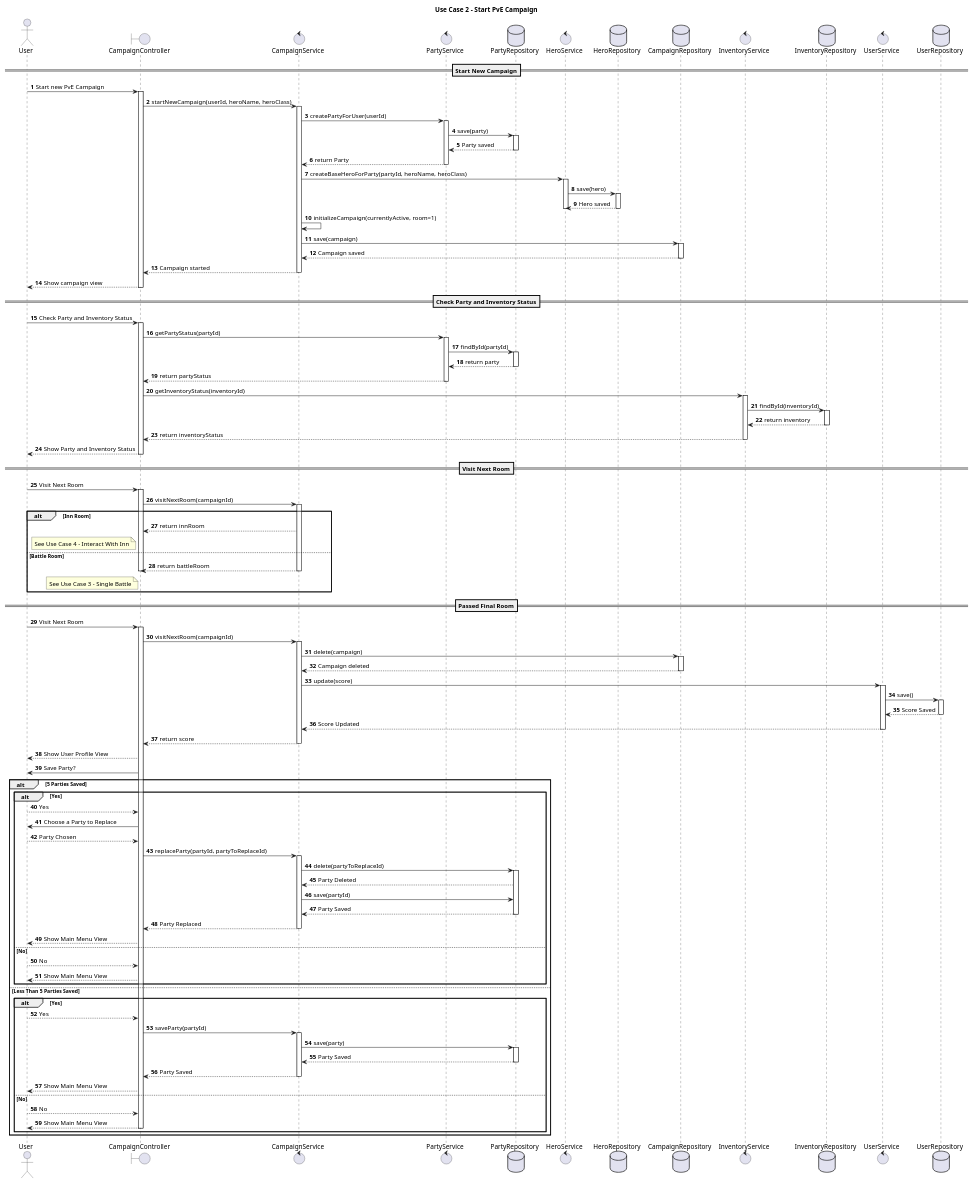
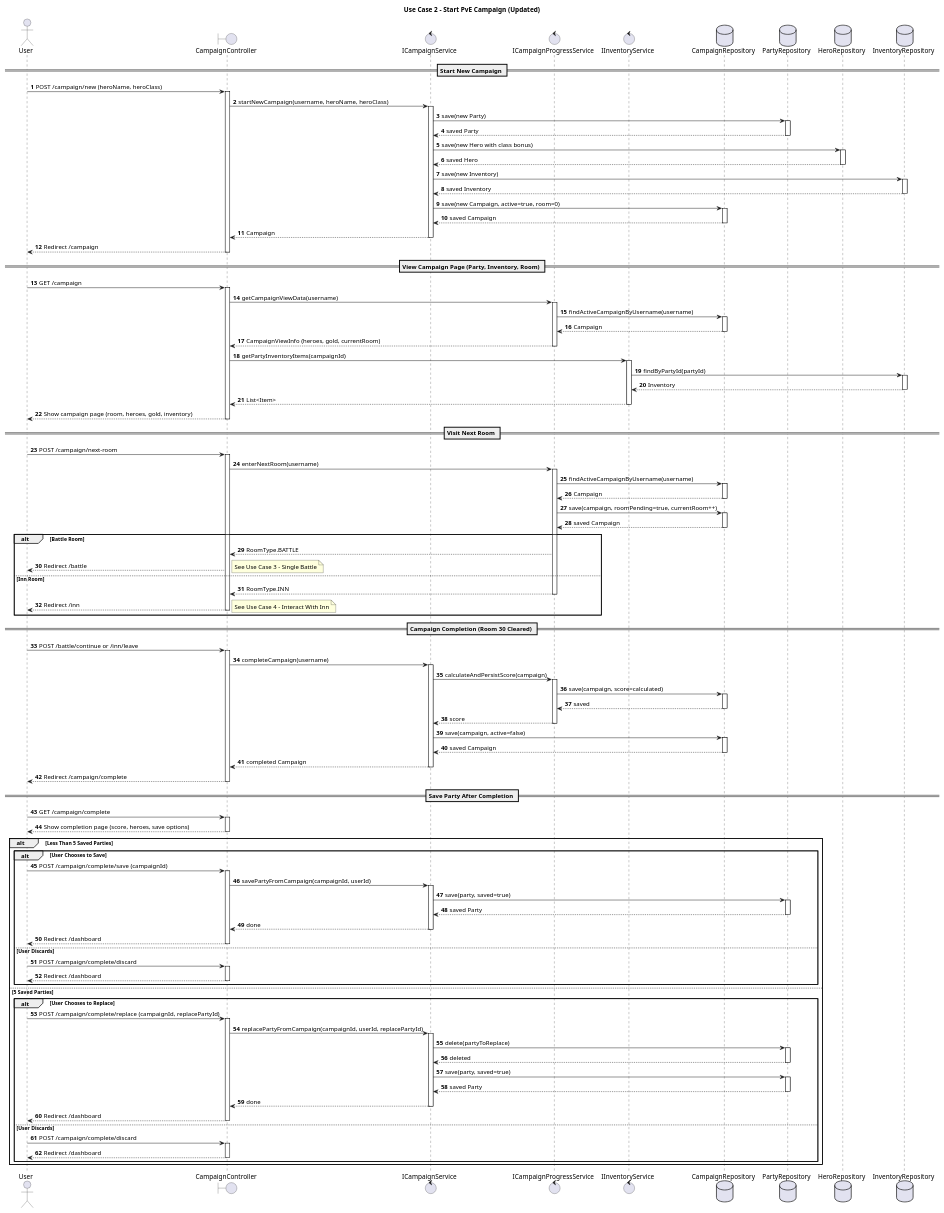
Before and after one commit to MohammedPatel-yorku/LegendsOfSwordAndWand: the diagram in Sequence Diagrams/Use Case 2_Start PvE Campaign.puml, drawn with PlantUML. The commit also changed 15 other files, not shown here.

Commit message:
Documentation & Diagrams Updated

```diff
--- a/Sequence Diagrams/Use Case 2_Start PvE Campaign.puml
+++ b/Sequence Diagrams/Use Case 2_Start PvE Campaign.puml
@@ -1,181 +1,197 @@
 @startuml
-'https://plantuml.com/sequence-diagram
-
 autonumber
 
-title Use Case 2 - Start PvE Campaign
+skinparam responseMessageBelowArrow true
+
+title Use Case 2 - Start PvE Campaign (Updated)
 
 actor User
 boundary CampaignController
-control CampaignService
-control PartyService
+control ICampaignService
+control ICampaignProgressService
+control IInventoryService
+database CampaignRepository
 database PartyRepository
-control HeroService
 database HeroRepository
-database CampaignRepository
-control InventoryService
 database InventoryRepository
-control UserService
-database UserRepository
 
-==Start New Campaign==
+== Start New Campaign ==
 
-User -> CampaignController: Start new PvE Campaign
+User -> CampaignController: POST /campaign/new (heroName, heroClass)
 activate CampaignController
-CampaignController -> CampaignService: startNewCampaign(userId, heroName, heroClass)
-activate CampaignService
 
-CampaignService -> PartyService: createPartyForUser(userId)
-activate PartyService
-PartyService -> PartyRepository: save(party)
+CampaignController -> ICampaignService: startNewCampaign(username, heroName, heroClass)
+activate ICampaignService
+
+ICampaignService -> PartyRepository: save(new Party)
 activate PartyRepository
-PartyRepository --> PartyService: Party saved
+PartyRepository --> ICampaignService: saved Party
 deactivate PartyRepository
-PartyService --> CampaignService: return Party
-deactivate PartyService
 
-CampaignService -> HeroService: createBaseHeroForParty(partyId, heroName, heroClass)
-activate HeroService
-HeroService -> HeroRepository: save(hero)
+ICampaignService -> HeroRepository: save(new Hero with class bonus)
 activate HeroRepository
-HeroRepository --> HeroService: Hero saved
+HeroRepository --> ICampaignService: saved Hero
 deactivate HeroRepository
-deactivate HeroService
 
-CampaignService -> CampaignService: initializeCampaign(currentlyActive, room=1)
-CampaignService -> CampaignRepository: save(campaign)
+ICampaignService -> InventoryRepository: save(new Inventory)
+activate InventoryRepository
+InventoryRepository --> ICampaignService: saved Inventory
+deactivate InventoryRepository
+
+ICampaignService -> CampaignRepository: save(new Campaign, active=true, room=0)
 activate CampaignRepository
-CampaignRepository --> CampaignService: Campaign saved
+CampaignRepository --> ICampaignService: saved Campaign
 deactivate CampaignRepository
 
-CampaignService --> CampaignController: Campaign started
-deactivate CampaignService
-CampaignController --> User: Show campaign view
+ICampaignService --> CampaignController: Campaign
+deactivate ICampaignService
+
+CampaignController --> User: Redirect /campaign
 deactivate CampaignController
 
-==Check Party and Inventory Status==
+== View Campaign Page (Party, Inventory, Room) ==
 
-User -> CampaignController: Check Party and Inventory Status
+User -> CampaignController: GET /campaign
 activate CampaignController
 
-CampaignController -> PartyService: getPartyStatus(partyId)
-activate PartyService
-PartyService -> PartyRepository: findById(partyId)
-activate PartyRepository
+CampaignController -> ICampaignProgressService: getCampaignViewData(username)
+activate ICampaignProgressService
+ICampaignProgressService -> CampaignRepository: findActiveCampaignByUsername(username)
+activate CampaignRepository
+CampaignRepository --> ICampaignProgressService: Campaign
+deactivate CampaignRepository
+ICampaignProgressService --> CampaignController: CampaignViewInfo (heroes, gold, currentRoom)
+deactivate ICampaignProgressService
 
-PartyRepository --> PartyService: return party
-deactivate PartyRepository
-PartyService --> CampaignController: return partyStatus
-deactivate PartyService
+CampaignController -> IInventoryService: getPartyInventoryItems(campaignId)
+activate IInventoryService
+IInventoryService -> InventoryRepository: findByPartyId(partyId)
+activate InventoryRepository
+InventoryRepository --> IInventoryService: Inventory
+deactivate InventoryRepository
+IInventoryService --> CampaignController: List<Item>
+deactivate IInventoryService
 
-CampaignController -> InventoryService: getInventoryStatus(inventoryId)
-activate InventoryService
-InventoryService -> InventoryRepository: findById(inventoryId)
-activate InventoryRepository
-
-InventoryRepository --> InventoryService: return inventory
-deactivate InventoryRepository
-InventoryService --> CampaignController: return inventoryStatus
-deactivate InventoryService
-
-CampaignController --> User: Show Party and Inventory Status
+CampaignController --> User: Show campaign page (room, heroes, gold, inventory)
 deactivate CampaignController
 
-==Visit Next Room==
+== Visit Next Room ==
 
-User -> CampaignController: Visit Next Room
+User -> CampaignController: POST /campaign/next-room
 activate CampaignController
-CampaignController -> CampaignService: visitNextRoom(campaignId)
-activate CampaignService
 
-alt Inn Room
-    CampaignService --> CampaignController: return innRoom
-    note left of CampaignController: See Use Case 4 - Interact With Inn
+CampaignController -> ICampaignProgressService: enterNextRoom(username)
+activate ICampaignProgressService
 
-else Battle Room
-    CampaignService --> CampaignController: return battleRoom
-    deactivate CampaignService
+ICampaignProgressService -> CampaignRepository: findActiveCampaignByUsername(username)
+activate CampaignRepository
+CampaignRepository --> ICampaignProgressService: Campaign
+deactivate CampaignRepository
+
+ICampaignProgressService -> CampaignRepository: save(campaign, roomPending=true, currentRoom++)
+activate CampaignRepository
+CampaignRepository --> ICampaignProgressService: saved Campaign
+deactivate CampaignRepository
+
+alt Battle Room
+    ICampaignProgressService --> CampaignController: RoomType.BATTLE
+    CampaignController --> User: Redirect /battle
+    note right: See Use Case 3 - Single Battle
+
+else Inn Room
+    ICampaignProgressService --> CampaignController: RoomType.INN
+    deactivate ICampaignProgressService
+    CampaignController --> User: Redirect /inn
     deactivate CampaignController
-    note left of CampaignController: See Use Case 3 - Single Battle
-
+    note right: See Use Case 4 - Interact With Inn
 end
 
-==Passed Final Room==
 
-User -> CampaignController: Visit Next Room
+== Campaign Completion (Room 30 Cleared) ==
+
+User -> CampaignController: POST /battle/continue or /inn/leave
 activate CampaignController
-CampaignController -> CampaignService: visitNextRoom(campaignId)
-activate CampaignService
 
-CampaignService -> CampaignRepository: delete(campaign)
+CampaignController -> ICampaignService: completeCampaign(username)
+activate ICampaignService
+
+ICampaignService -> ICampaignProgressService: calculateAndPersistScore(campaign)
+activate ICampaignProgressService
+ICampaignProgressService -> CampaignRepository: save(campaign, score=calculated)
 activate CampaignRepository
-CampaignRepository --> CampaignService: Campaign deleted
+CampaignRepository --> ICampaignProgressService: saved
+deactivate CampaignRepository
+ICampaignProgressService --> ICampaignService: score
+deactivate ICampaignProgressService
+
+ICampaignService -> CampaignRepository: save(campaign, active=false)
+activate CampaignRepository
+CampaignRepository --> ICampaignService: saved Campaign
 deactivate CampaignRepository
 
-CampaignService -> UserService: update(score)
-activate UserService
-UserService -> UserRepository: save()
-activate UserRepository
-UserRepository --> UserService: Score Saved
-deactivate UserRepository
-UserService --> CampaignService: Score Updated
-deactivate UserService
+ICampaignService --> CampaignController: completed Campaign
+deactivate ICampaignService
 
-CampaignService --> CampaignController: return score
-deactivate CampaignService
-CampaignController --> User: Show User Profile View
+CampaignController --> User: Redirect /campaign/complete
+deactivate CampaignController
 
-CampaignController -> User: Save Party?
+== Save Party After Completion ==
 
-alt 5 Parties Saved
-    alt Yes
-        User --> CampaignController: Yes
-        CampaignController -> User: Choose a Party to Replace
-        User --> CampaignController: Party Chosen
+User -> CampaignController: GET /campaign/complete
+activate CampaignController
+CampaignController --> User: Show completion page (score, heroes, save options)
+deactivate CampaignController
 
-        CampaignController -> CampaignService: replaceParty(partyId, partyToReplaceId)
-        activate CampaignService
+alt Less Than 5 Saved Parties
 
-        CampaignService -> PartyRepository: delete(partyToReplaceId)
+    alt User Chooses to Save
+        User -> CampaignController: POST /campaign/complete/save (campaignId)
+        activate CampaignController
+        CampaignController -> ICampaignService: savePartyFromCampaign(campaignId, userId)
+        activate ICampaignService
+        ICampaignService -> PartyRepository: save(party, saved=true)
         activate PartyRepository
-        PartyRepository --> CampaignService: Party Deleted
-        CampaignService -> PartyRepository: save(partyId)
-        PartyRepository --> CampaignService: Party Saved
+        PartyRepository --> ICampaignService: saved Party
         deactivate PartyRepository
+        ICampaignService --> CampaignController: done
+        deactivate ICampaignService
+        CampaignController --> User: Redirect /dashboard
+        deactivate CampaignController
 
-        CampaignService --> CampaignController: Party Replaced
-        deactivate CampaignService
-        CampaignController --> User: Show Main Menu View
-
-    else No
-        User --> CampaignController: No
-        CampaignController --> User: Show Main Menu View
-
+    else User Discards
+        User -> CampaignController: POST /campaign/complete/discard
+        activate CampaignController
+        CampaignController --> User: Redirect /dashboard
+        deactivate CampaignController
     end
 
-    else Less Than 5 Parties Saved
-        alt Yes
-            User --> CampaignController: Yes
+else 5 Saved Parties
 
-            CampaignController -> CampaignService: saveParty(partyId)
-            activate CampaignService
-            CampaignService -> PartyRepository: save(party)
-            activate PartyRepository
+    alt User Chooses to Replace
+        User -> CampaignController: POST /campaign/complete/replace (campaignId, replacePartyId)
+        activate CampaignController
+        CampaignController -> ICampaignService: replacePartyFromCampaign(campaignId, userId, replacePartyId)
+        activate ICampaignService
+        ICampaignService -> PartyRepository: delete(partyToReplace)
+        activate PartyRepository
+        PartyRepository --> ICampaignService: deleted
+        deactivate PartyRepository
+        ICampaignService -> PartyRepository: save(party, saved=true)
+        activate PartyRepository
+        PartyRepository --> ICampaignService: saved Party
+        deactivate PartyRepository
+        ICampaignService --> CampaignController: done
+        deactivate ICampaignService
+        CampaignController --> User: Redirect /dashboard
+        deactivate CampaignController
 
-            PartyRepository --> CampaignService: Party Saved
-            deactivate PartyRepository
-            CampaignService --> CampaignController: Party Saved
-            deactivate CampaignService
-
-            CampaignController --> User: Show Main Menu View
-
-        else No
-            User --> CampaignController: No
-            CampaignController --> User: Show Main Menu View
-            deactivate CampaignController
-
-        end
+    else User Discards
+        User -> CampaignController: POST /campaign/complete/discard
+        activate CampaignController
+        CampaignController --> User: Redirect /dashboard
+        deactivate CampaignController
+    end
 
 end
 
 @enduml
```
